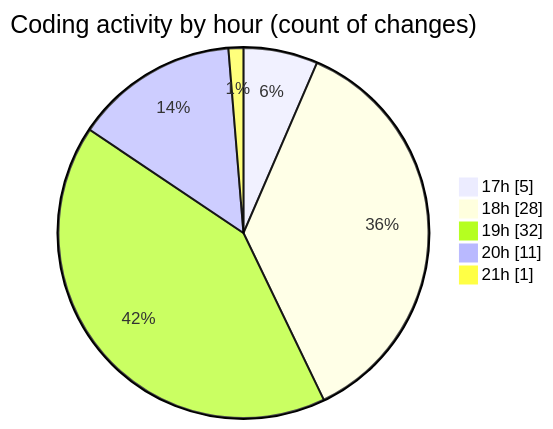
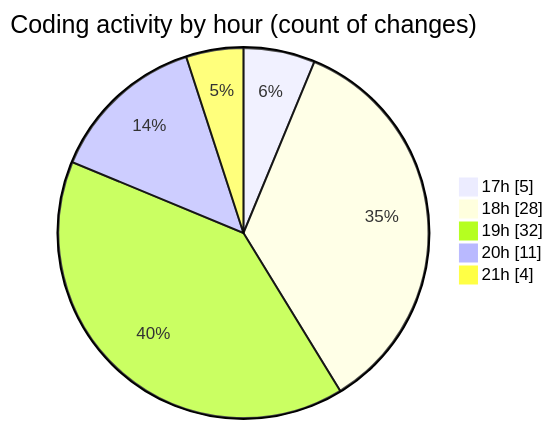
One commit to donsfak/code-tracking changed the second of 2 diagrams in 2025-01-01/uber_clone/README.md. Above: the diagram before and after it, drawn with Mermaid. The commit also changed other lines of this file and 1 other file, not shown here.

````diff
--- a/2025-01-01/uber_clone/README.md
+++ b/2025-01-01/uber_clone/README.md
@@ -43,9 +43,9 @@
 ```mermaid
 pie showData
 title Coding activity by hour (count of changes)
 "17h" : 5
 "18h" : 28
 "19h" : 32
 "20h" : 11
-"21h" : 1
+"21h" : 4
 ```
````
